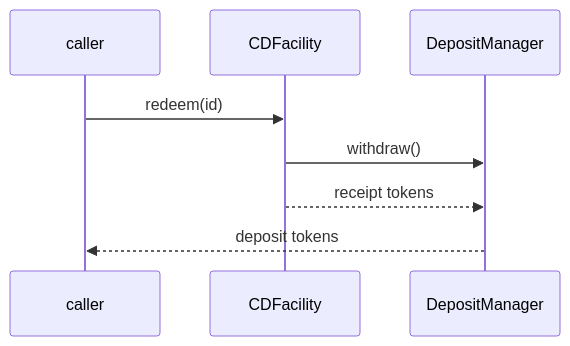
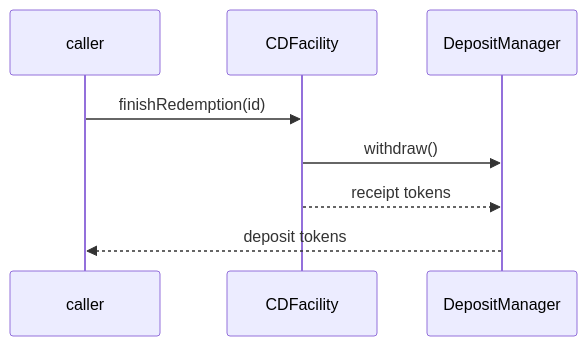
Before and after one commit to OlympusDAO/olympus-v3: the eighth of 9 diagrams in audit/2025-01_convertible-deposits/README.md, drawn with Mermaid. The commit also changed other lines of this file and 16 other files, not shown here.

````diff
--- a/audit/2025-01_convertible-deposits/README.md
+++ b/audit/2025-01_convertible-deposits/README.md
@@ -384,11 +384,11 @@
 ```mermaid
 sequenceDiagram
     participant caller
     participant CDFacility
     participant DepositManager
 
-    caller->>CDFacility: redeem(id)
+    caller->>CDFacility: finishRedemption(id)
     CDFacility->>DepositManager: withdraw()
     CDFacility-->>DepositManager: receipt tokens
     DepositManager-->>caller: deposit tokens
 ```
````
